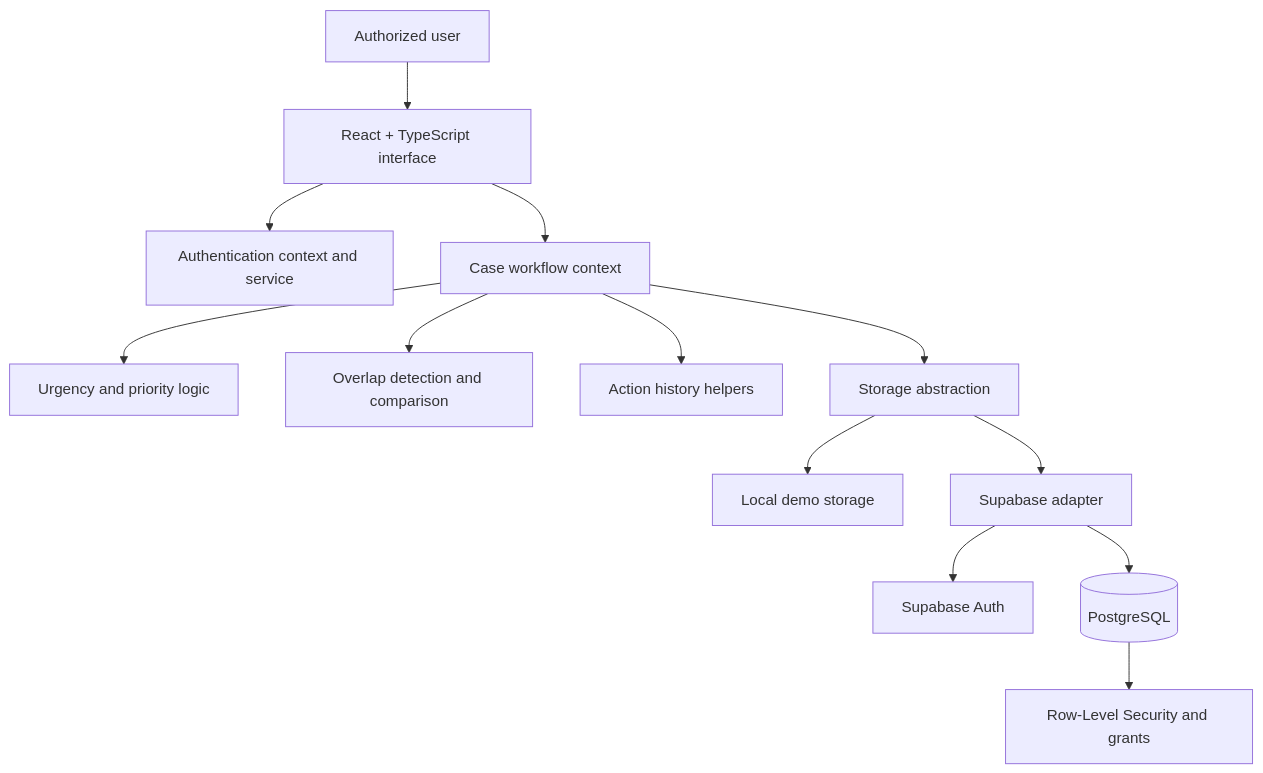
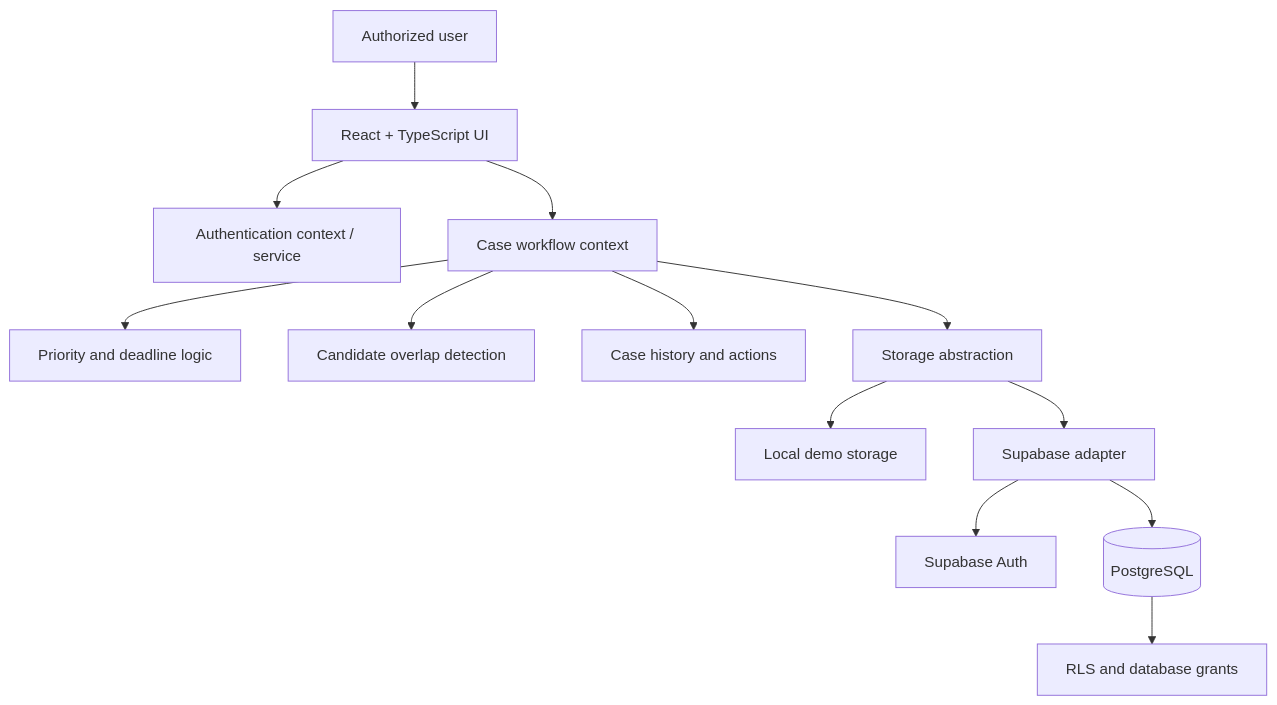
The diagram in README.md (kusoumya2006-netizen/CONVERA-), drawn with Mermaid before and after one commit. The commit also changed other lines of this file, not shown here.

````diff
--- a/README.md
+++ b/README.md
@@ -97,15 +105,15 @@
 ```mermaid
 flowchart TD
-    PERSON[Authorized user] --> UI[React + TypeScript interface]
-    UI --> AUTH[Authentication context and service]
+    USER[Authorized user] --> UI[React + TypeScript UI]
+    UI --> AUTH[Authentication context / service]
     UI --> CASES[Case workflow context]
-    CASES --> PRIORITY[Urgency and priority logic]
-    CASES --> OVERLAP[Overlap detection and comparison]
-    CASES --> HISTORY[Action history helpers]
+    CASES --> PRIORITY[Priority and deadline logic]
+    CASES --> OVERLAP[Candidate overlap detection]
+    CASES --> HISTORY[Case history and actions]
     CASES --> STORAGE[Storage abstraction]
     STORAGE --> DEMO[Local demo storage]
     STORAGE --> SUPA[Supabase adapter]
-    SUPA --> SA[Supabase Auth]
+    SUPA --> SAUTH[Supabase Auth]
     SUPA --> DB[(PostgreSQL)]
-    DB --> RLS[Row-Level Security and grants]
+    DB --> POLICY[RLS and database grants]
 ```
````
